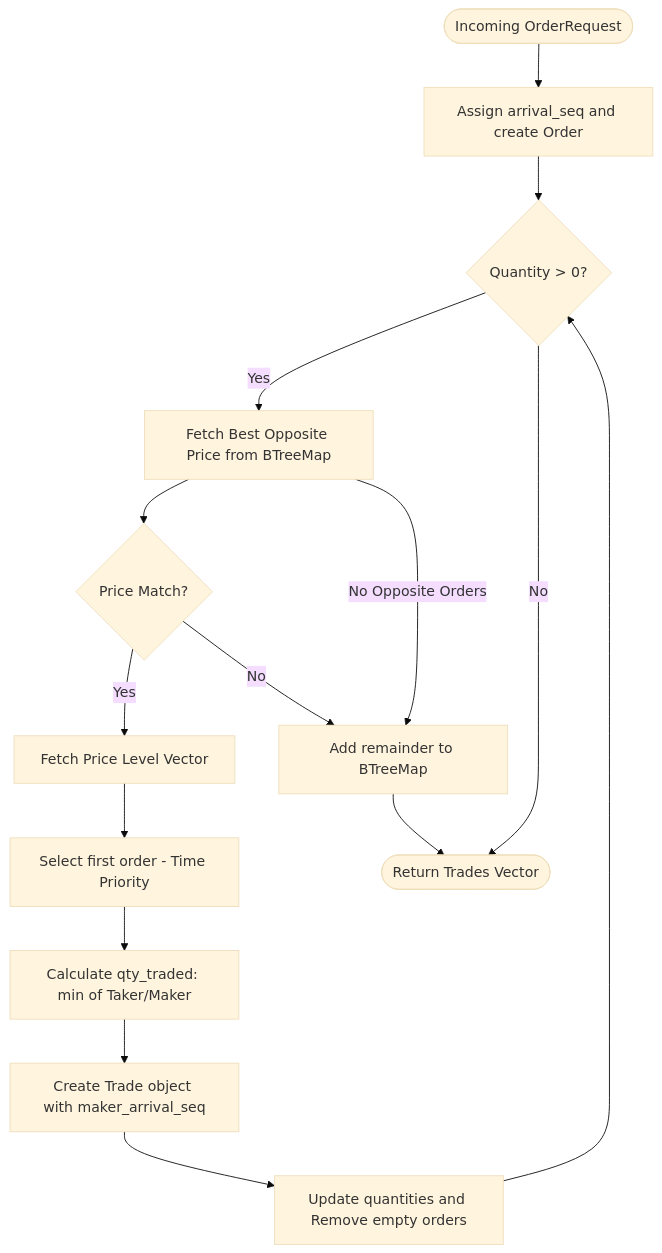
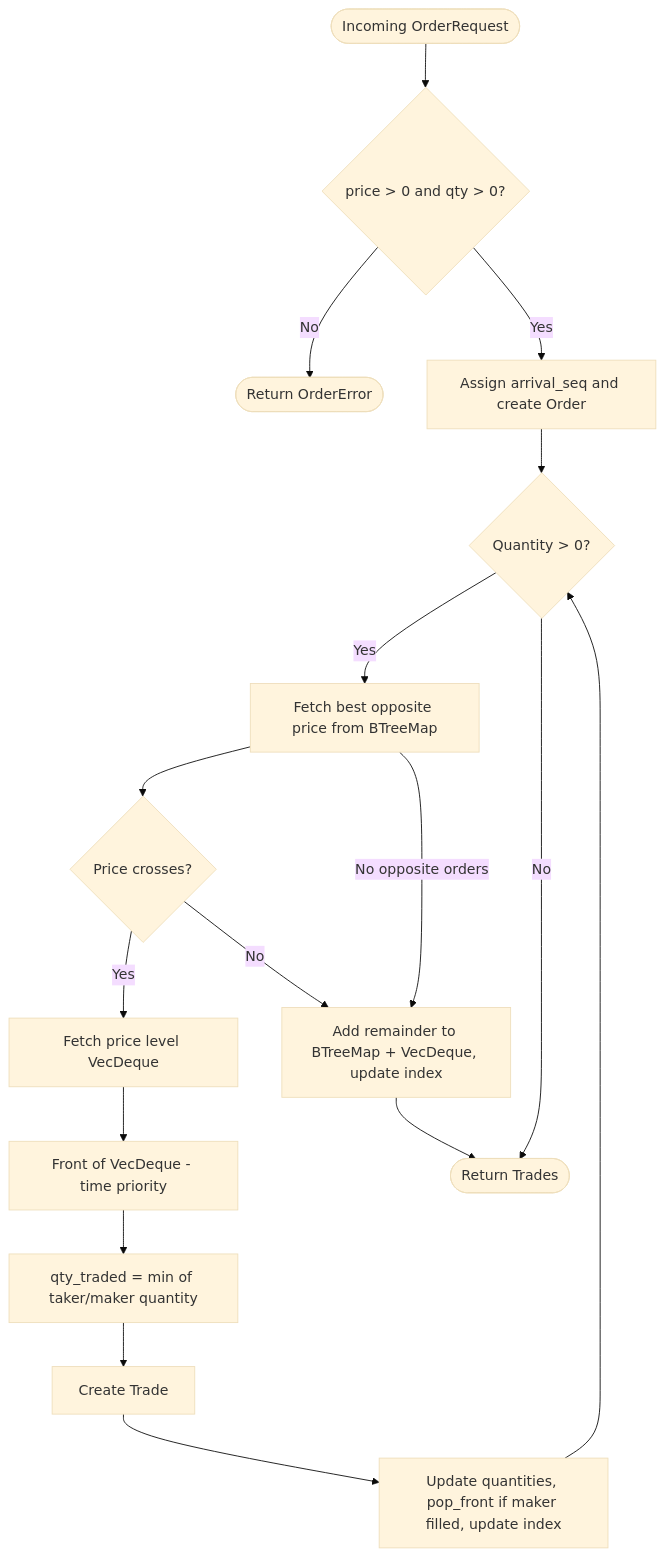
Before and after one commit to hann3pan/ferrum-match: the third of 3 diagrams in README.md, drawn with Mermaid (base theme). The commit also changed other lines of this file and 1 other file, not shown here.

First line of the commit message:
Tighten CI and make README match current implementation (#42)

````diff
--- a/README.md
+++ b/README.md
@@ -93,23 +130,25 @@
 ```mermaid
 flowchart TD
-    Start([Incoming OrderRequest]) --> Seq[Assign arrival_seq and create Order]
+    Start([Incoming OrderRequest]) --> Validate{price > 0 and qty > 0?}
+    Validate -- No --> Reject([Return OrderError])
+    Validate -- Yes --> Seq[Assign arrival_seq and create Order]
     Seq --> Loop{Quantity > 0?}
-    
-    Loop -- Yes --> BestPrice[Fetch Best Opposite Price from BTreeMap]
-    BestPrice --> MatchCheck{Price Match?}
-    
-    MatchCheck -- Yes --> GetLevel[Fetch Price Level Vector]
-    GetLevel --> GetMaker[Select first order - Time Priority]
-    
-    GetMaker --> Calc[Calculate qty_traded: min of Taker/Maker]
-    Calc --> CreateTrade[Create Trade object with maker_arrival_seq]
-    
-    CreateTrade --> Update[Update quantities and Remove empty orders]
+
+    Loop -- Yes --> BestPrice[Fetch best opposite price from BTreeMap]
+    BestPrice --> MatchCheck{Price crosses?}
+
+    MatchCheck -- Yes --> GetLevel[Fetch price level VecDeque]
+    GetLevel --> GetMaker[Front of VecDeque - time priority]
+
+    GetMaker --> Calc[qty_traded = min of taker/maker quantity]
+    Calc --> CreateTrade[Create Trade]
+
+    CreateTrade --> Update[Update quantities, pop_front if maker filled, update index]
     Update --> Loop
-    
-    MatchCheck -- No --> AddToBook[Add remainder to BTreeMap]
-    BestPrice -- No Opposite Orders --> AddToBook
-    
-    Loop -- No --> Finish([Return Trades Vector])
+
+    MatchCheck -- No --> AddToBook[Add remainder to BTreeMap + VecDeque, update index]
+    BestPrice -- No opposite orders --> AddToBook
+
+    Loop -- No --> Finish([Return Trades])
     AddToBook --> Finish
 ```
````
